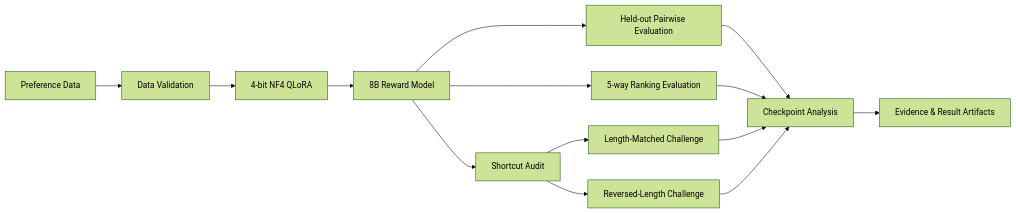
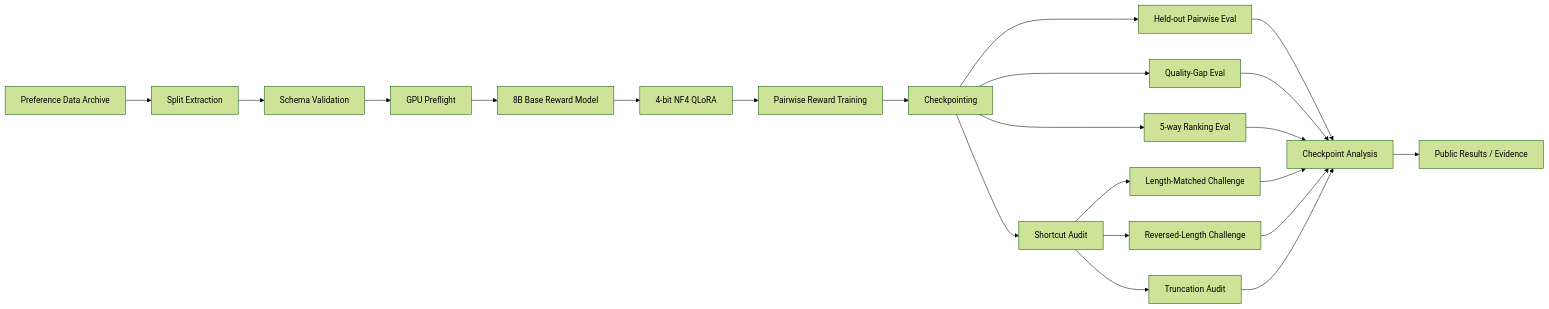
One commit to Benjamindaoson/reward-modeling-lab changed the diagram in README.md. Above: the diagram before and after it, drawn with Mermaid (forest theme). The commit also changed other lines of this file, not shown here.

Commit message:
docs: expand README with training, evaluation, audits, and reproducibility details

````diff
--- a/README.md
+++ b/README.md
@@ -66,16 +149,28 @@
 ```mermaid
 flowchart LR
-    A[Preference Data] --> B[Data Validation]
-    B --> C[4-bit NF4 QLoRA]
-    C --> D[8B Reward Model]
-    D --> E[Held-out Pairwise Evaluation]
-    D --> F[5-way Ranking Evaluation]
-    D --> G[Shortcut Audit]
-    G --> H[Length-Matched Challenge]
-    G --> I[Reversed-Length Challenge]
-    E --> J[Checkpoint Analysis]
-    F --> J
-    H --> J
-    I --> J
-    J --> K[Evidence & Result Artifacts]
+    A[Preference Data Archive] --> B[Split Extraction]
+    B --> C[Schema Validation]
+    C --> D[GPU Preflight]
+    D --> E[8B Base Reward Model]
+    E --> F[4-bit NF4 QLoRA]
+    F --> G[Pairwise Reward Training]
+    G --> H[Checkpointing]
+
+    H --> I[Held-out Pairwise Eval]
+    H --> J[Quality-Gap Eval]
+    H --> K[5-way Ranking Eval]
+    H --> L[Shortcut Audit]
+
+    L --> M[Length-Matched Challenge]
+    L --> N[Reversed-Length Challenge]
+    L --> O[Truncation Audit]
+
+    I --> P[Checkpoint Analysis]
+    J --> P
+    K --> P
+    M --> P
+    N --> P
+    O --> P
+
+    P --> Q[Public Results / Evidence]
 ```
````
